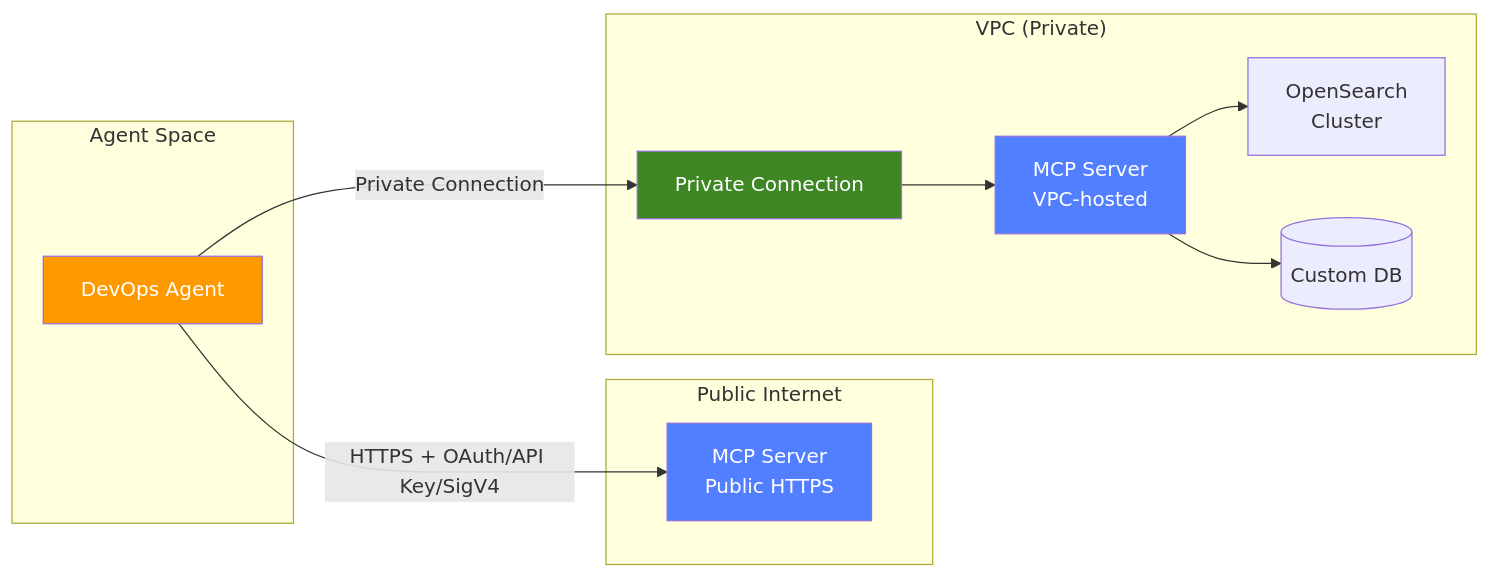
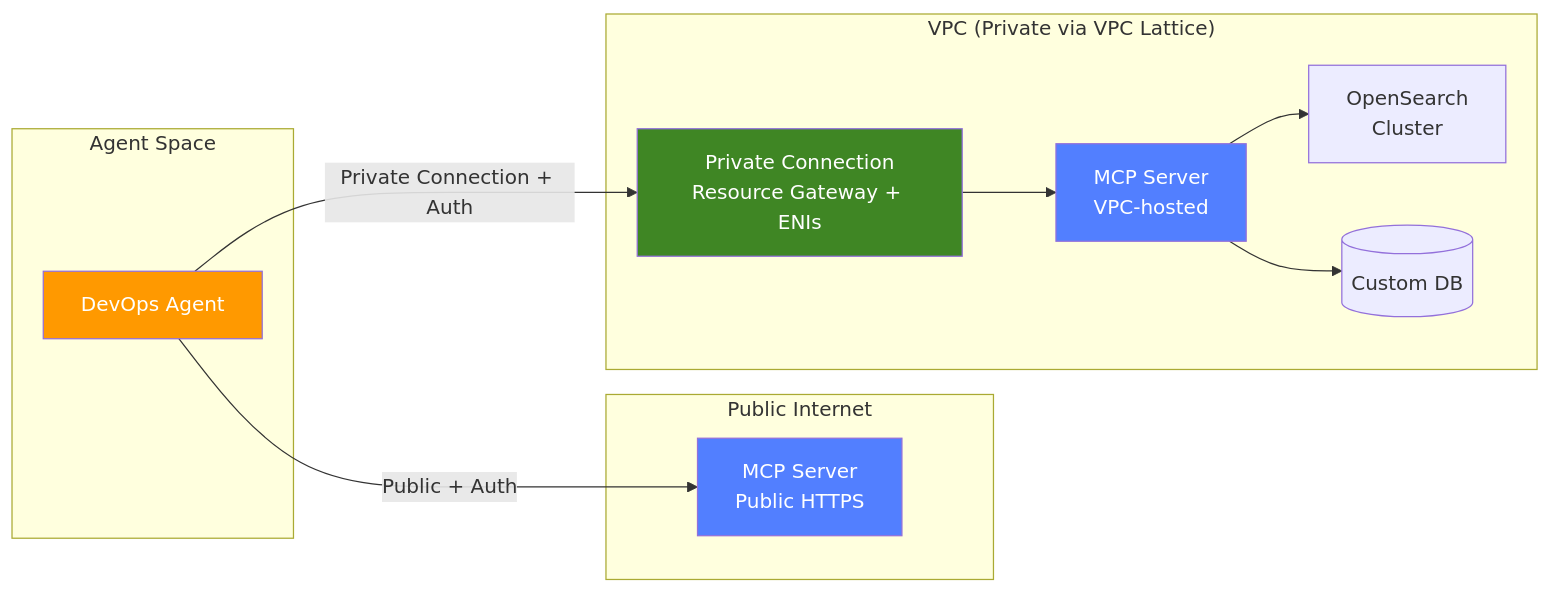
The third of 7 diagrams in README.md (zhwenhao-amzn/devops-agent-best-practices), drawn with Mermaid before and after one commit. The commit also changed 2 other files, not shown here.

Commit message:
Fix MCP diagram: show Auth required on both public and private paths, add VPC Lattice label

````diff
--- a/README.md
+++ b/README.md
@@ -122,28 +122,28 @@
 ```mermaid
 graph LR
     subgraph "Agent Space"
         DA[DevOps Agent]
     end
 
     subgraph "Public Internet"
         MCP1[MCP Server<br/>Public HTTPS]
     end
 
-    subgraph "VPC (Private)"
-        PC[Private Connection]
+    subgraph "VPC (Private via VPC Lattice)"
+        PC[Private Connection<br/>Resource Gateway + ENIs]
         MCP2[MCP Server<br/>VPC-hosted]
         OS[OpenSearch<br/>Cluster]
         DB[(Custom DB)]
     end
 
-    DA -->|HTTPS + OAuth/API Key/SigV4| MCP1
-    DA -->|Private Connection| PC
+    DA -->|Public + Auth| MCP1
+    DA -->|Private Connection + Auth| PC
     PC --> MCP2
     MCP2 --> OS
     MCP2 --> DB
 
     style DA fill:#ff9900,color:#fff
     style MCP1 fill:#527fff,color:#fff
     style MCP2 fill:#527fff,color:#fff
     style PC fill:#3f8624,color:#fff
 ```
````
